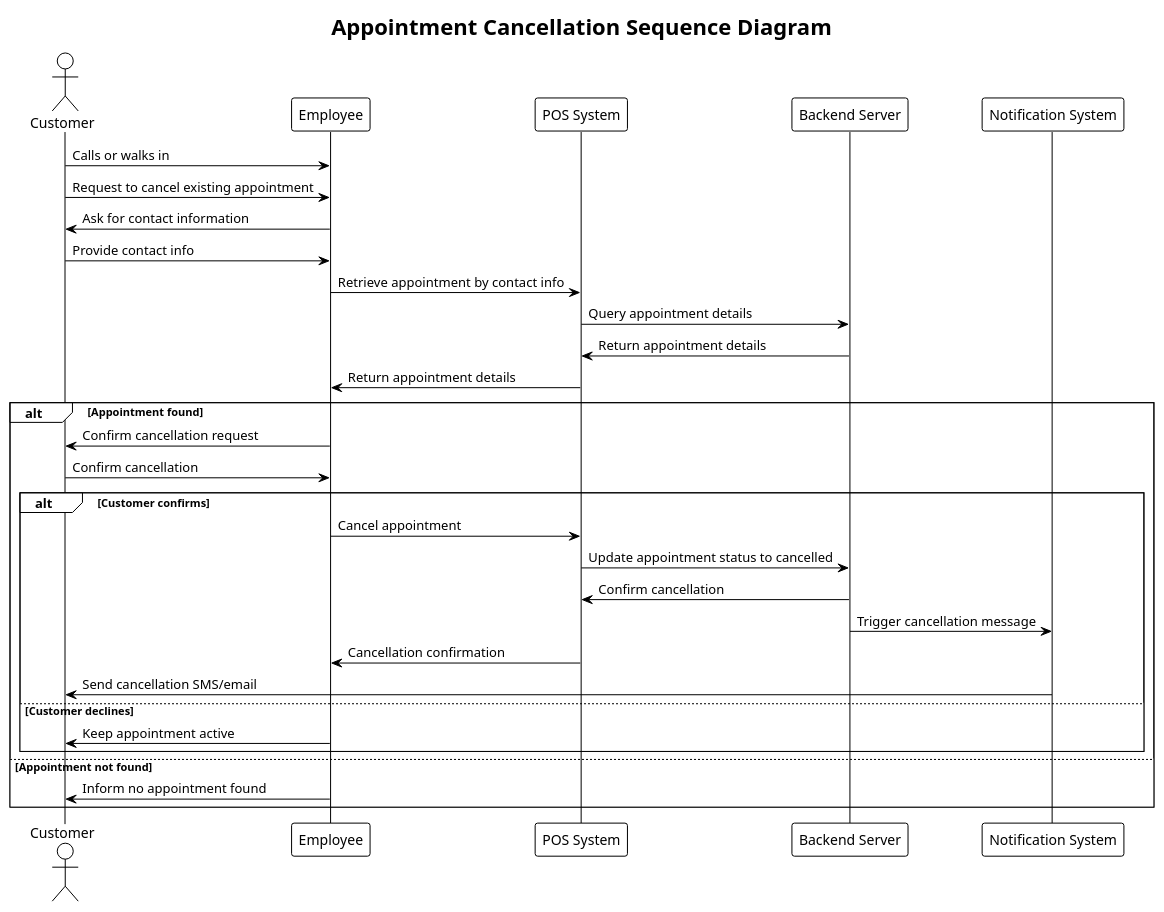
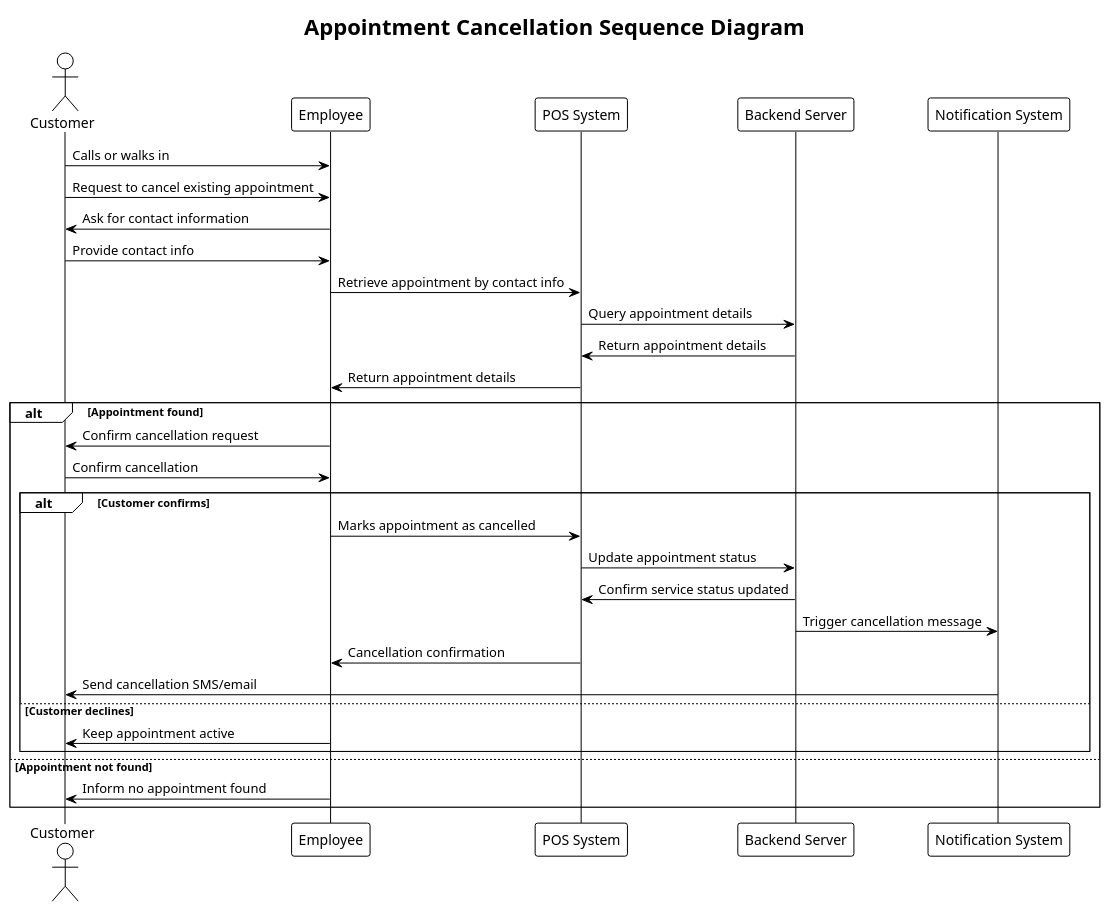
One commit to user5427/ps-design changed the diagram in docs/ps-design/design-document/diagrams/services/appointment_cancellation_sequence.puml. Above: the diagram before and after it, drawn with PlantUML. The commit also changed 19 other files, not shown here.

```diff
--- a/docs/ps-design/design-document/diagrams/services/appointment_cancellation_sequence.puml
+++ b/docs/ps-design/design-document/diagrams/services/appointment_cancellation_sequence.puml
@@ -1,38 +1,38 @@
 @startuml appointment_cancellation_sequence
 !theme plain
 title Appointment Cancellation Sequence Diagram
 
 actor Customer
 participant Employee
 participant "POS System" as POS
 participant "Backend Server" as Backend
 participant "Notification System" as Notification
 
 Customer -> Employee: Calls or walks in
 Customer -> Employee: Request to cancel existing appointment
 Employee -> Customer: Ask for contact information
 Customer -> Employee: Provide contact info
 Employee -> POS: Retrieve appointment by contact info
 POS -> Backend: Query appointment details
 Backend -> POS: Return appointment details
 POS -> Employee: Return appointment details
 
 alt Appointment found
   Employee -> Customer: Confirm cancellation request
   Customer -> Employee: Confirm cancellation
   
   alt Customer confirms
-    Employee -> POS: Cancel appointment
-    POS -> Backend: Update appointment status to cancelled
-    Backend -> POS: Confirm cancellation
+    Employee -> POS: Marks appointment as cancelled
+    POS -> Backend: Update appointment status
+    Backend -> POS: Confirm service status updated
     Backend -> Notification: Trigger cancellation message
     POS -> Employee: Cancellation confirmation
     Notification -> Customer: Send cancellation SMS/email
   else Customer declines
     Employee -> Customer: Keep appointment active
   end
 else Appointment not found
   Employee -> Customer: Inform no appointment found
 end
 
 @enduml
```
